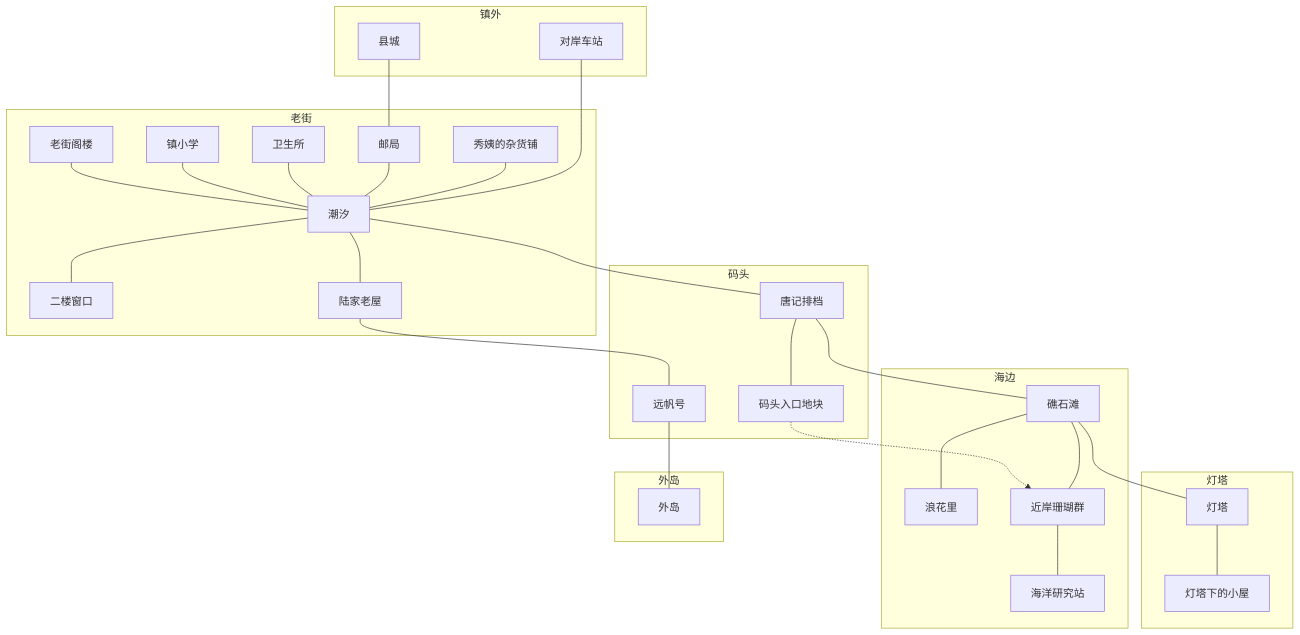
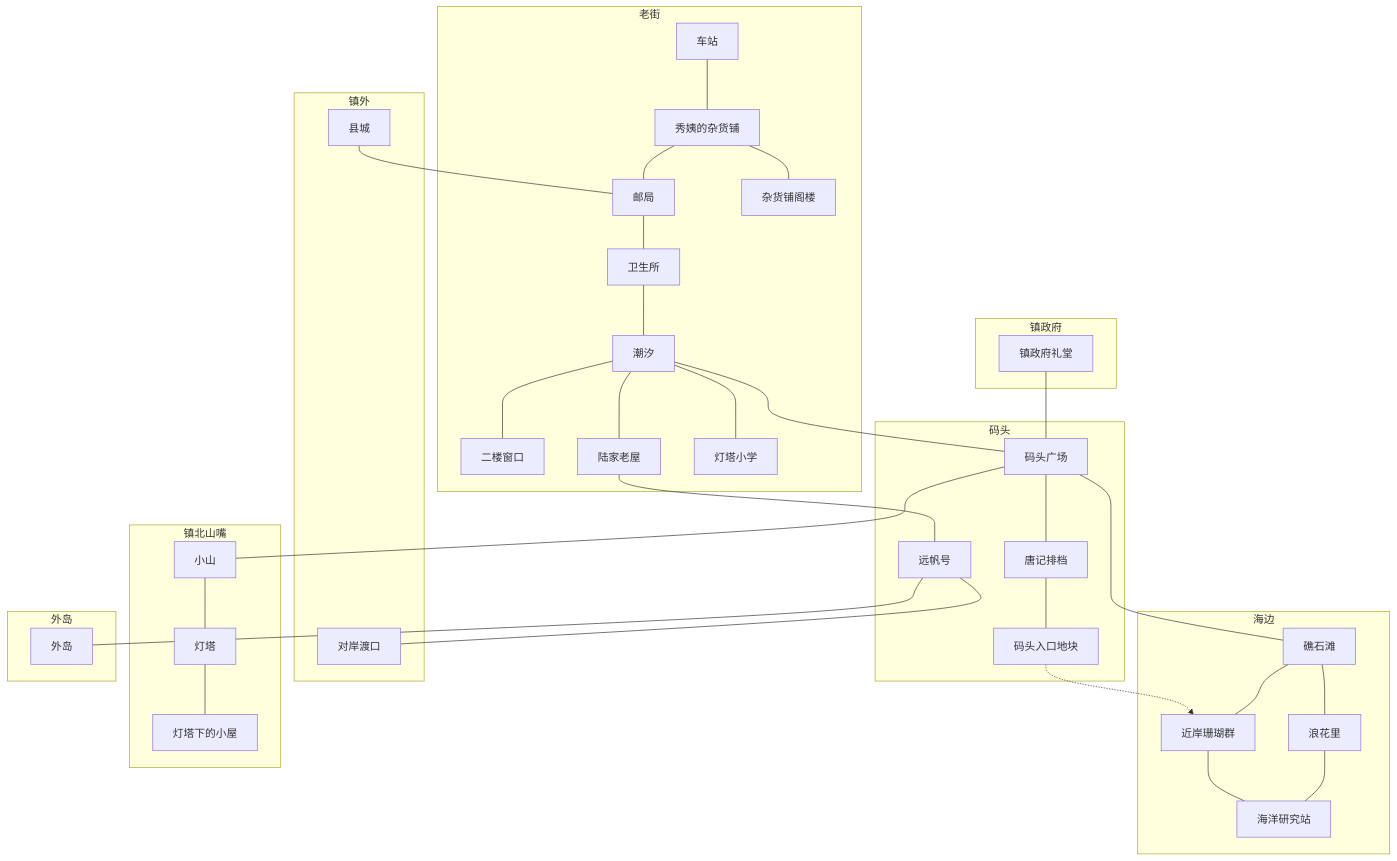
Before and after one commit to GmhLovEDM/grok-prototype: the diagram in projects/seaside-cafe/01-planning/world.md, drawn with Mermaid. The commit also changed other lines of this file and 11 other files, not shown here.

````diff
--- a/projects/seaside-cafe/01-planning/world.md
+++ b/projects/seaside-cafe/01-planning/world.md
@@ -41,56 +41,67 @@
 ```mermaid
 flowchart TD
   subgraph away [镇外]
-    stop[对岸车站]
     county[县城]
+    ferry[对岸渡口]
   end
   subgraph street [老街]
+    station[车站]
     shop[秀姨的杂货铺]
     post[邮局]
     clinic[卫生所]
-    school[镇小学]
     cafe[潮汐]
     win[二楼窗口]
     lu[陆家老屋]
-    attic[老街阁楼]
+    attic[杂货铺阁楼]
+    school[灯塔小学]
   end
   subgraph dock [码头]
+    plaza[码头广场]
     tang[唐记排档]
     boat[远帆号]
     gate[码头入口地块]
   end
   subgraph coast [海边]
     rocks[礁石滩]
     inn[浪花里]
     coral[近岸珊瑚群]
     lab[海洋研究站]
   end
-  subgraph tower [灯塔]
+  subgraph headland [镇北山嘴]
+    hill[小山]
     light[灯塔]
     hut[灯塔下的小屋]
+  end
+  subgraph gov [镇政府]
+    hall[镇政府礼堂]
   end
   subgraph outer [外岛]
     island[外岛]
   end
 
-  stop --- cafe
-  county --- post
-  shop --- cafe
-  post --- cafe
+  station --- shop
+  shop --- post
+  post --- clinic
   clinic --- cafe
-  school --- cafe
+  cafe --- school
   cafe --- win
   cafe --- lu
-  attic --- cafe
-  cafe --- tang
+  shop --- attic
+  cafe --- plaza
+  plaza --- tang
   lu --- boat
   tang --- gate
-  tang --- rocks
+  plaza --- rocks
   rocks --- inn
+  inn --- lab
   rocks --- coral
   coral --- lab
-  rocks --- light
+  plaza --- hill
+  hill --- light
   light --- hut
   boat --- island
+  boat --- ferry
+  county --- post
+  hall --- plaza
   gate -.-> coral
 ```
````
